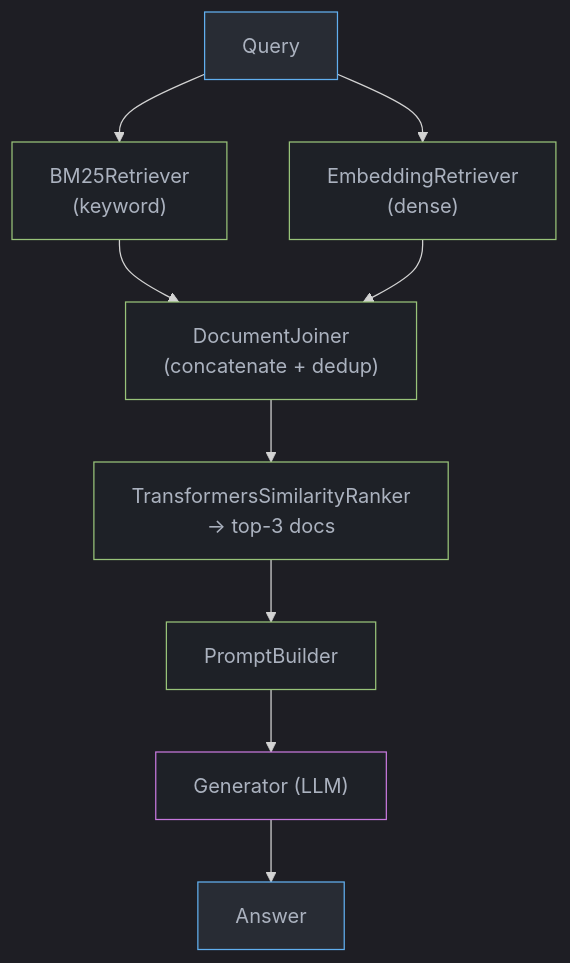
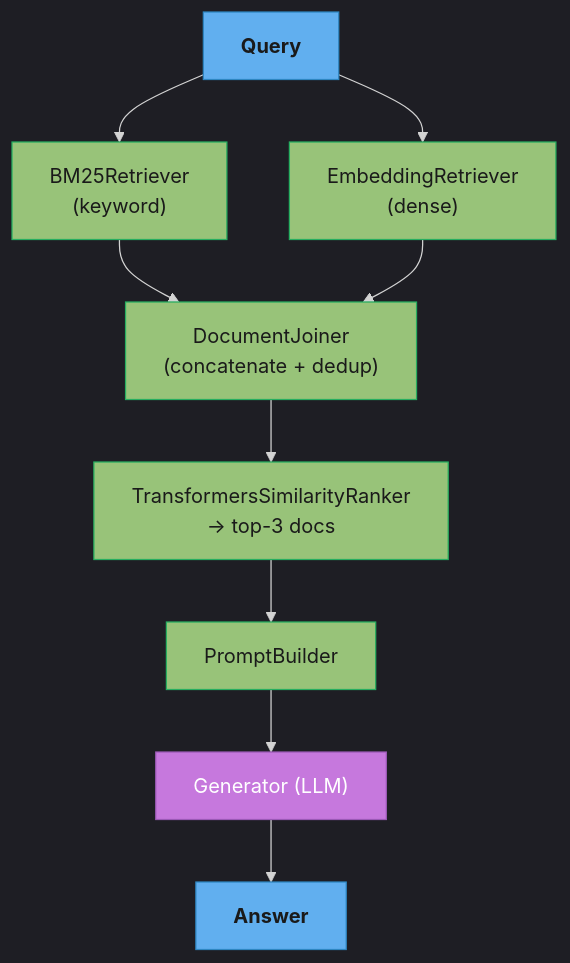
One commit to rppol/system-design changed the diagram in src/main/java/com/rutik/systemdesign/llm/agentic_frameworks/haystack.md. Above: the diagram before and after it, drawn with Mermaid. The commit also changed 88 other files, not shown here.

````diff
--- a/src/main/java/com/rutik/systemdesign/llm/agentic_frameworks/haystack.md
+++ b/src/main/java/com/rutik/systemdesign/llm/agentic_frameworks/haystack.md
@@ -110,24 +110,27 @@
 ```mermaid
 %%{init: {'flowchart': {'curve': 'basis'}, 'theme': 'dark'}}%%
 flowchart TD
-    classDef io    fill:#282c34,stroke:#61afef,color:#abb2bf
-    classDef proc  fill:#1e2127,stroke:#98c379,color:#abb2bf
-    classDef store fill:#1e2127,stroke:#56b6c2,color:#abb2bf
-    classDef llm   fill:#1e2127,stroke:#c678dd,color:#abb2bf
+    classDef io      fill:#61afef,stroke:#2e86c1,color:#1a1a1a,font-weight:bold
+    classDef frozen  fill:#c678dd,stroke:#9b59b6,color:#fff
+    classDef train   fill:#98c379,stroke:#27ae60,color:#1a1a1a
+    classDef mathOp  fill:#d19a66,stroke:#e67e22,color:#1a1a1a,font-weight:bold
+    classDef lossN   fill:#e06c75,stroke:#c0392b,color:#fff,font-weight:bold
+    classDef req     fill:#56b6c2,stroke:#0097a7,color:#1a1a1a
+    classDef base    fill:#e5c07b,stroke:#f39c12,color:#1a1a1a
 
     Q["Query"]
     BM25["BM25Retriever\n(keyword)"]
     EMBD["EmbeddingRetriever\n(dense)"]
     JOIN["DocumentJoiner\n(concatenate + dedup)"]
     RANK["TransformersSimilarityRanker\n→ top-3 docs"]
     PB["PromptBuilder"]
     GEN["Generator (LLM)"]
     ANS["Answer"]
 
     Q --> BM25 & EMBD
     BM25 & EMBD --> JOIN --> RANK --> PB --> GEN --> ANS
 
     class Q,ANS io
-    class BM25,EMBD,JOIN,RANK,PB proc
-    class GEN llm
+    class BM25,EMBD,JOIN,RANK,PB train
+    class GEN frozen
 ```
````
